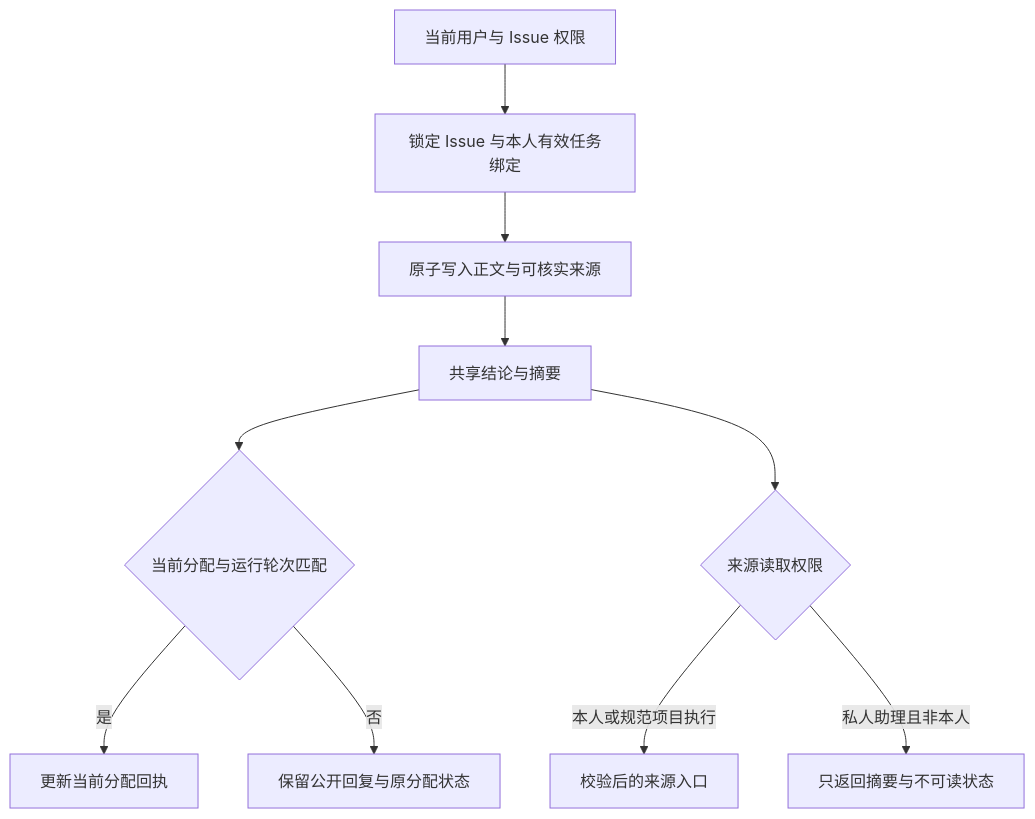
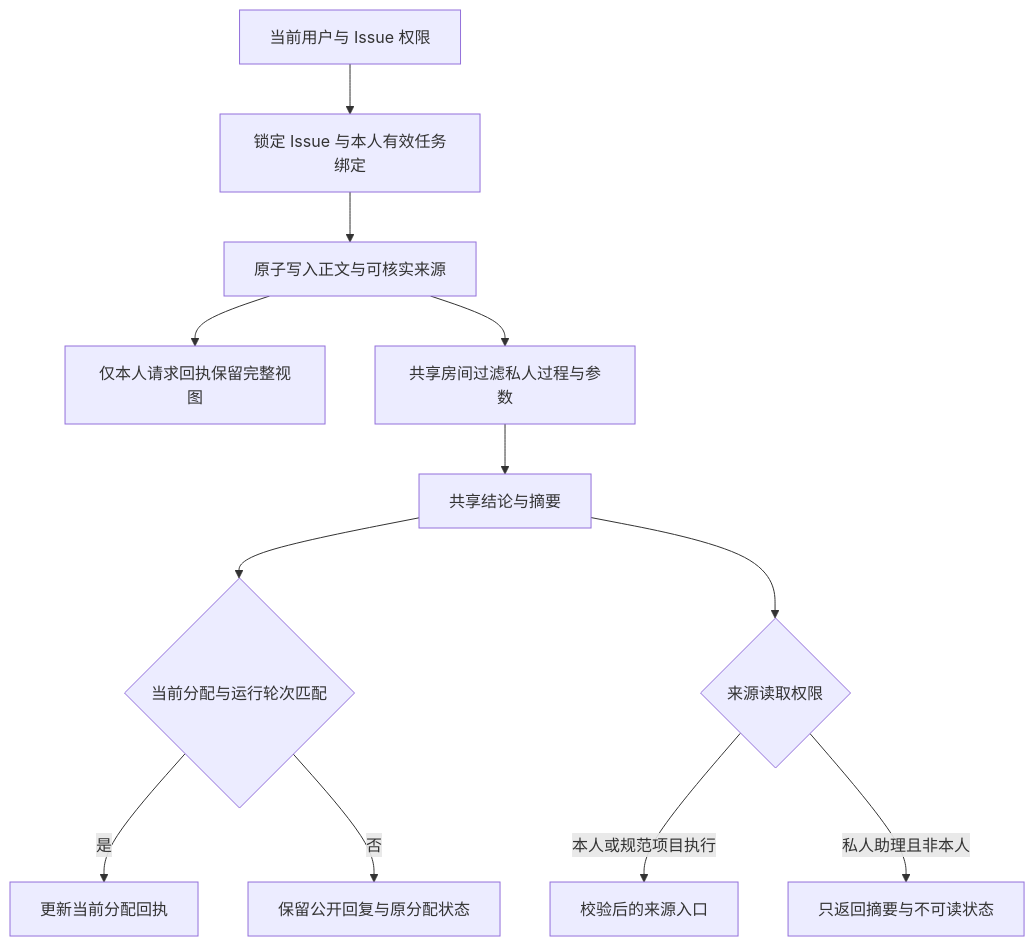
The first of 3 diagrams in docs/zh/wegent/developer-guide/collaboration-permissions.md (wecode-ai/Wegent), drawn with Mermaid before and after one commit. The commit also changed other lines of this file and 8 other files, not shown here.

````diff
--- a/docs/zh/wegent/developer-guide/collaboration-permissions.md
+++ b/docs/zh/wegent/developer-guide/collaboration-permissions.md
@@ -9,12 +9,14 @@
 ```mermaid
 flowchart TD
     Source[当前用户与 Issue 权限] --> Lock[锁定 Issue 与本人有效任务绑定]
     Lock --> Commit[原子写入正文与可核实来源]
-    Commit --> Public[共享结论与摘要]
+    Commit --> Owner[仅本人请求回执保留完整视图]
+    Commit --> Filter[共享房间过滤私人过程与参数]
+    Filter --> Public[共享结论与摘要]
     Public --> Receipt{当前分配与运行轮次匹配}
     Receipt -->|是| Complete[更新当前分配回执]
     Receipt -->|否| History[保留公开回复与原分配状态]
     Public --> Trace{来源读取权限}
     Trace -->|本人或规范项目执行| Scoped[校验后的来源入口]
     Trace -->|私人助理且非本人| Restricted[只返回摘要与不可读状态]
 ```
````
